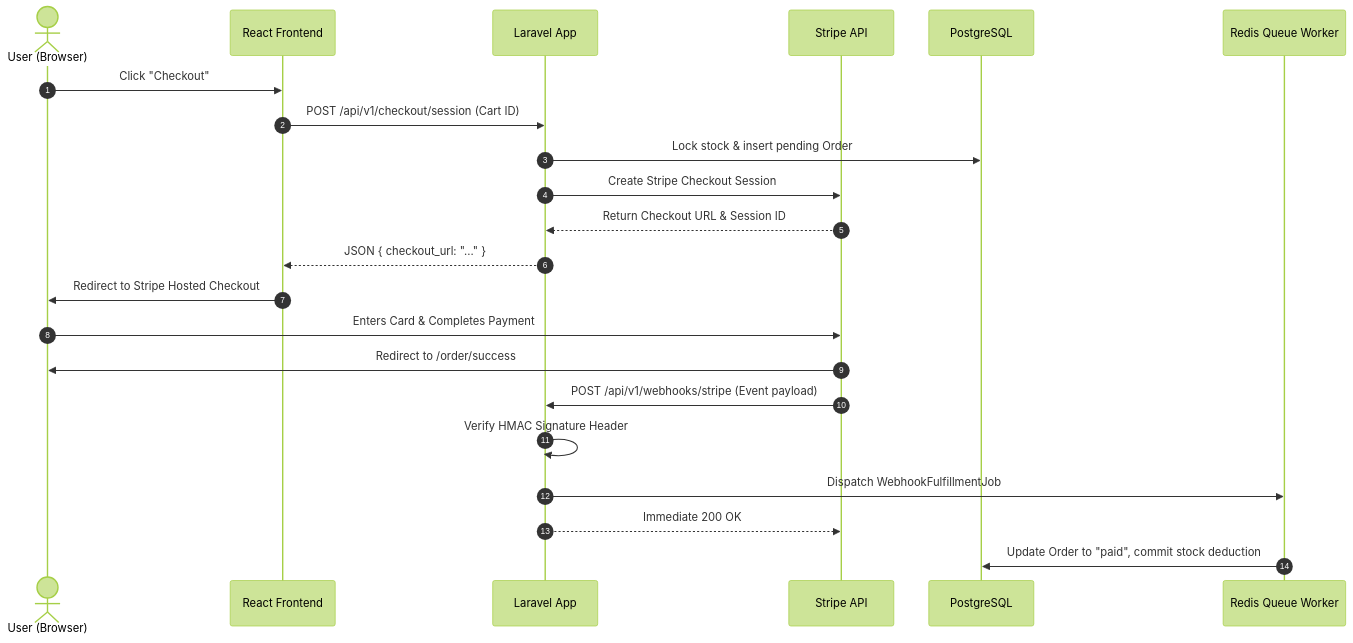
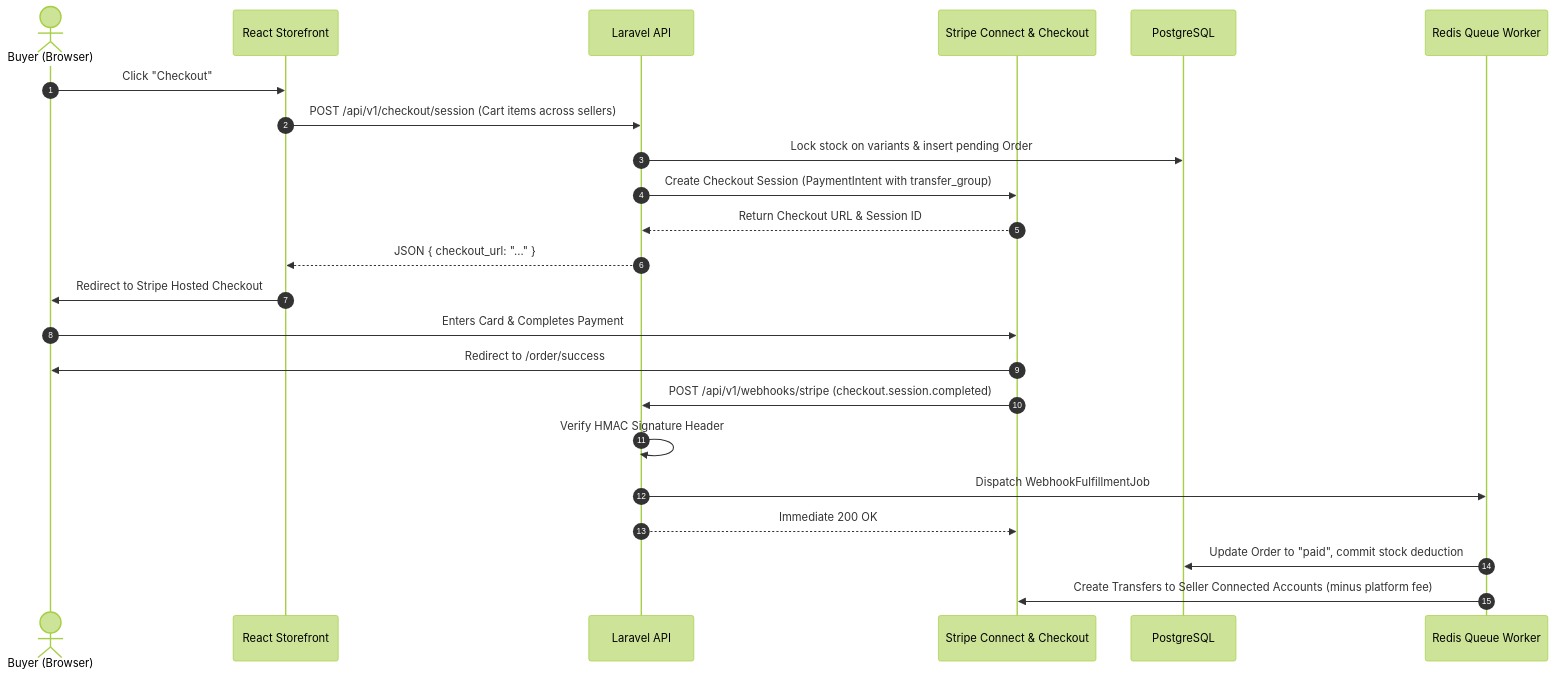
Before and after one commit to arvnddl18/ecommerce-backend: the diagram in Vault/ECOMMERCE VAULT/02 - Architecture/Payment_Pipeline.md, drawn with Mermaid (forest theme). The commit also changed other lines of this file and 123 other files, not shown here.

````diff
--- a/Vault/ECOMMERCE VAULT/02 - Architecture/Payment_Pipeline.md
+++ b/Vault/ECOMMERCE VAULT/02 - Architecture/Payment_Pipeline.md
@@ -8,25 +8,26 @@
 ```mermaid
 sequenceDiagram
     autonumber
-    actor Customer as User (Browser)
-    participant Front as React Frontend
-    participant API as Laravel App
-    participant Stripe as Stripe API
+    actor Customer as Buyer (Browser)
+    participant Front as React Storefront
+    participant API as Laravel API
+    participant Stripe as Stripe Connect & Checkout
     participant DB as PostgreSQL
     participant Worker as Redis Queue Worker
 
     Customer->>Front: Click "Checkout"
-    Front->>API: POST /api/v1/checkout/session (Cart ID)
-    API->>DB: Lock stock & insert pending Order
-    API->>Stripe: Create Stripe Checkout Session
+    Front->>API: POST /api/v1/checkout/session (Cart items across sellers)
+    API->>DB: Lock stock on variants & insert pending Order
+    API->>Stripe: Create Checkout Session (PaymentIntent with transfer_group)
     Stripe-->>API: Return Checkout URL & Session ID
     API-->>Front: JSON { checkout_url: "..." }
     Front->>Customer: Redirect to Stripe Hosted Checkout
     Customer->>Stripe: Enters Card & Completes Payment
     Stripe->>Customer: Redirect to /order/success
-    Stripe->>API: POST /api/v1/webhooks/stripe (Event payload)
+    Stripe->>API: POST /api/v1/webhooks/stripe (checkout.session.completed)
     API->>API: Verify HMAC Signature Header
     API->>Worker: Dispatch WebhookFulfillmentJob
     API-->>Stripe: Immediate 200 OK
     Worker->>DB: Update Order to "paid", commit stock deduction
+    Worker->>Stripe: Create Transfers to Seller Connected Accounts (minus platform fee)
 ```
````
